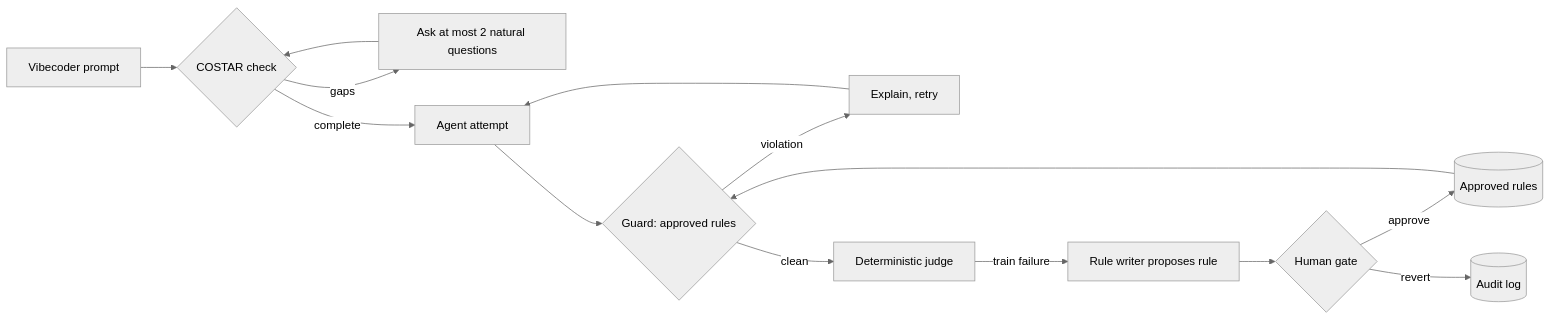
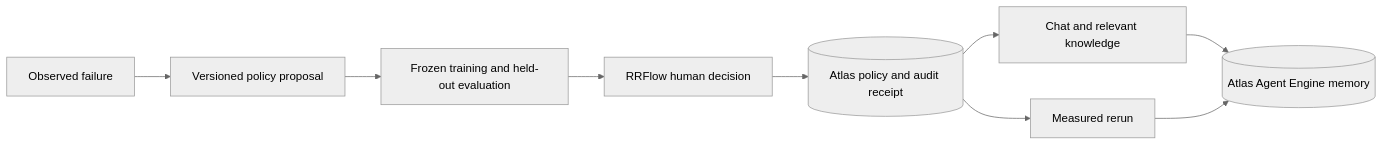
The diagram in README.md (EonsofStupid/vibeguard), drawn with Mermaid (neutral theme) before and after one commit. The commit also changed other lines of this file and 12 other files, not shown here.

````diff
--- a/README.md
+++ b/README.md
@@ -68,15 +31,11 @@
 ```mermaid
 flowchart LR
-    P[Vibecoder prompt] --> C{COSTAR check}
-    C -- gaps --> Q[Ask at most 2 natural questions]
-    Q --> C
-    C -- complete --> A[Agent attempt]
-    A --> G{Guard: approved rules}
-    G -- violation --> R[Explain, retry] --> A
-    G -- clean --> J[Deterministic judge]
-    J -- train failure --> W[Rule writer proposes rule]
-    W --> H{Human gate}
-    H -- approve --> Rules[(Approved rules)]
-    H -- revert --> Audit[(Audit log)]
-    Rules --> G
+    Chat[Chat and relevant knowledge] --> Memory[(Atlas Agent Engine memory)]
+    Failure[Observed failure] --> Proposal[Versioned policy proposal]
+    Proposal --> Trial[Frozen training and held-out evaluation]
+    Trial --> Review[RRFlow human decision]
+    Review --> Receipt[(Atlas policy and audit receipt)]
+    Receipt --> Chat
+    Receipt --> Rerun[Measured rerun]
+    Rerun --> Memory
 ```
````
